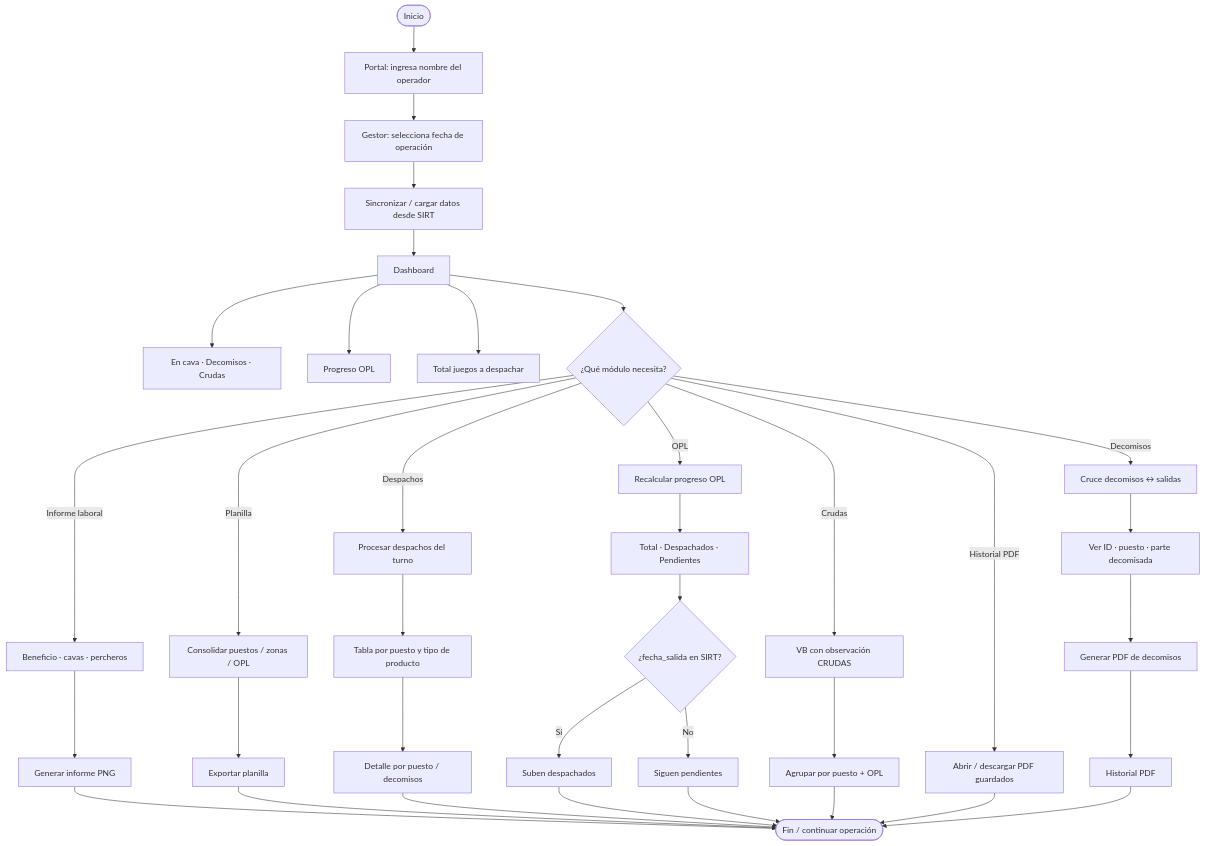
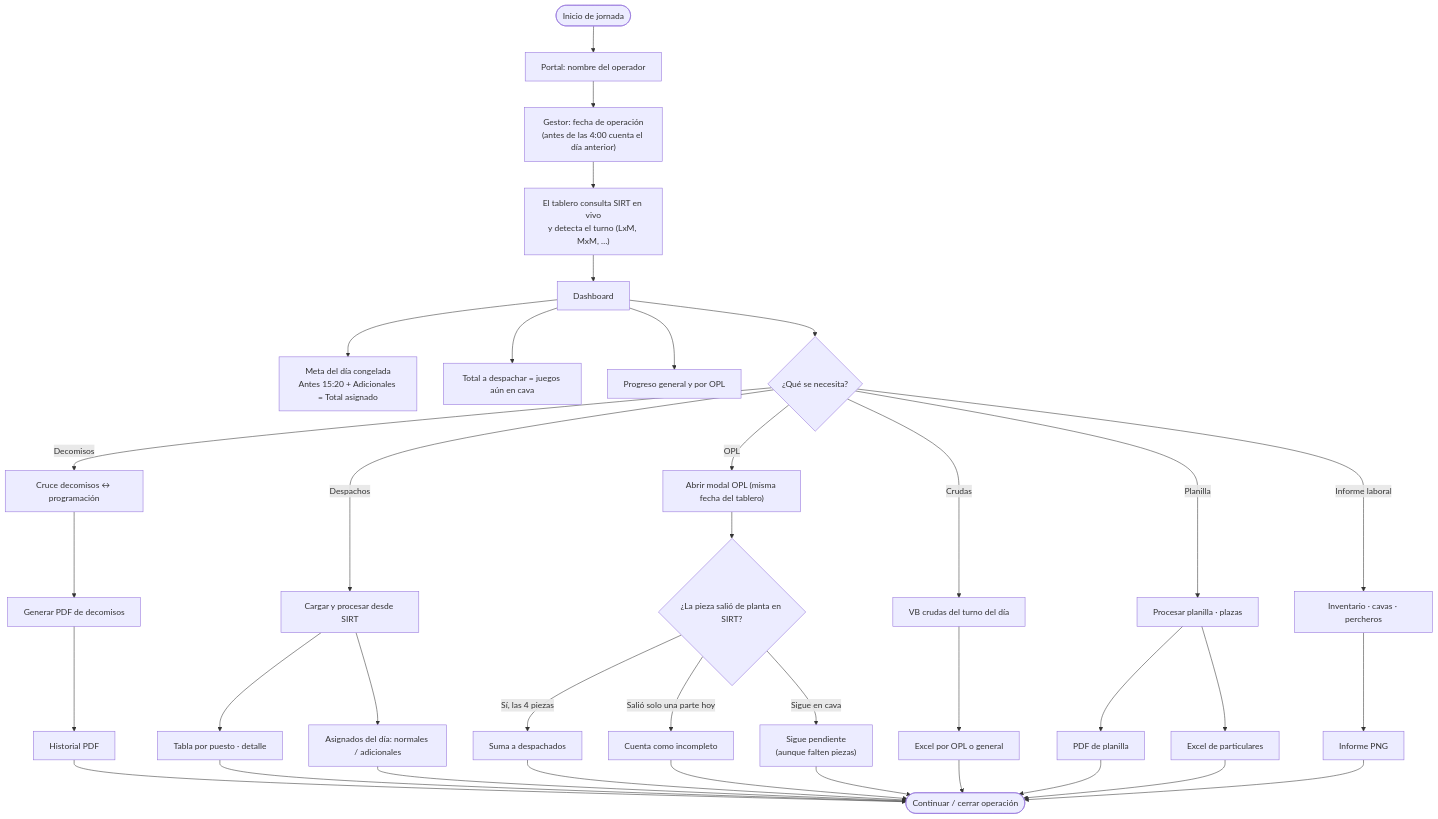
The diagram in docs/diagrams/04-flujo-operativo.md (desarrollotecnologia/Colbeef-_Gestor-de-V-sceras), drawn with Mermaid before and after one commit. The commit also changed other lines of this file and 17 other files, not shown here.

````diff
--- a/docs/diagrams/04-flujo-operativo.md
+++ b/docs/diagrams/04-flujo-operativo.md
@@ -7,48 +7,48 @@
 ```mermaid
 flowchart TD
-  A([Inicio]) --> B[Portal: ingresa nombre del operador]
-  B --> C[Gestor: selecciona fecha de operación]
-  C --> D[Sincronizar / cargar datos desde SIRT]
+  A([Inicio de jornada]) --> B["Portal: nombre del operador"]
+  B --> C["Gestor: fecha de operación<br/>(antes de las 4:00 cuenta el día anterior)"]
+  C --> D["El tablero consulta SIRT en vivo<br/>y detecta el turno (LxM, MxM, …)"]
 
-  D --> E[Dashboard]
-  E --> E1[En cava · Decomisos · Crudas]
-  E --> E2[Progreso OPL]
-  E --> E3[Total juegos a despachar]
+  D --> E["Dashboard"]
+  E --> E1["Meta del día congelada<br/>Antes 15:20 + Adicionales = Total asignado"]
+  E --> E2["Total a despachar = juegos aún en cava"]
+  E --> E3["Progreso general y por OPL"]
 
-  E --> F{¿Qué módulo necesita?}
+  E --> F{"¿Qué se necesita?"}
 
-  F -->|Decomisos| G[Cruce decomisos ↔ salidas]
-  G --> G1[Ver ID · puesto · parte decomisada]
-  G1 --> G2[Generar PDF de decomisos]
+  F -->|Decomisos| G["Cruce decomisos ↔ programación"]
+  G --> G1["Generar PDF de decomisos"]
+  G1 --> N["Historial PDF"]
 
-  F -->|Despachos| H[Procesar despachos del turno]
-  H --> H1[Tabla por puesto y tipo de producto]
-  H1 --> H2[Detalle por puesto / decomisos]
+  F -->|Despachos| H["Cargar y procesar desde SIRT"]
+  H --> H1["Tabla por puesto · detalle"]
+  H --> H2["Asignados del día: normales / adicionales"]
 
-  F -->|OPL| I[Recalcular progreso OPL]
-  I --> I1[Total · Despachados · Pendientes]
-  I1 --> I2{¿fecha_salida en SIRT?}
-  I2 -->|Sí| I3[Suben despachados]
-  I2 -->|No| I4[Siguen pendientes]
+  F -->|OPL| I["Abrir modal OPL (misma fecha del tablero)"]
+  I --> I1{"¿La pieza salió de planta en SIRT?"}
+  I1 -->|"Sí, las 4 piezas"| I2["Suma a despachados"]
+  I1 -->|"Salió solo una parte hoy"| I3["Cuenta como incompleto"]
+  I1 -->|"Sigue en cava"| I4["Sigue pendiente<br/>(aunque falten piezas)"]
 
-  F -->|Crudas| J[VB con observación CRUDAS]
-  J --> J1[Agrupar por puesto + OPL]
+  F -->|Crudas| J["VB crudas del turno del día"]
+  J --> J1["Excel por OPL o general"]
 
-  F -->|Planilla| K[Consolidar puestos / zonas / OPL]
-  K --> K1[Exportar planilla]
+  F -->|Planilla| K["Procesar planilla · plazas"]
+  K --> K1["PDF de planilla"]
+  K --> K2["Excel de particulares"]
 
-  F -->|Informe laboral| L[Beneficio · cavas · percheros]
-  L --> L1[Generar informe PNG]
+  F -->|"Informe laboral"| L["Inventario · cavas · percheros"]
+  L --> L1["Informe PNG"]
 
-  F -->|Historial PDF| M[Abrir / descargar PDF guardados]
-
-  G2 --> N[Historial PDF]
-  L1 --> O([Fin / continuar operación])
-  K1 --> O
+  N --> O([Continuar / cerrar operación])
+  H1 --> O
   H2 --> O
+  I2 --> O
   I3 --> O
   I4 --> O
   J1 --> O
-  M --> O
-  N --> O
+  K1 --> O
+  K2 --> O
+  L1 --> O
 ```
````
